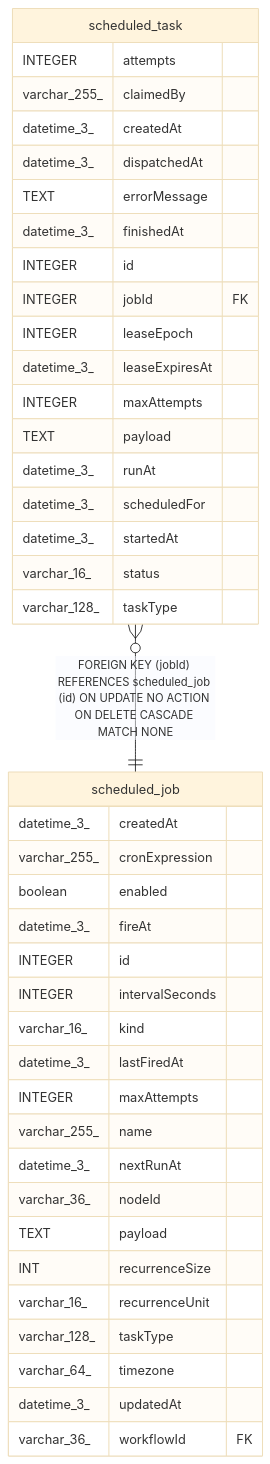
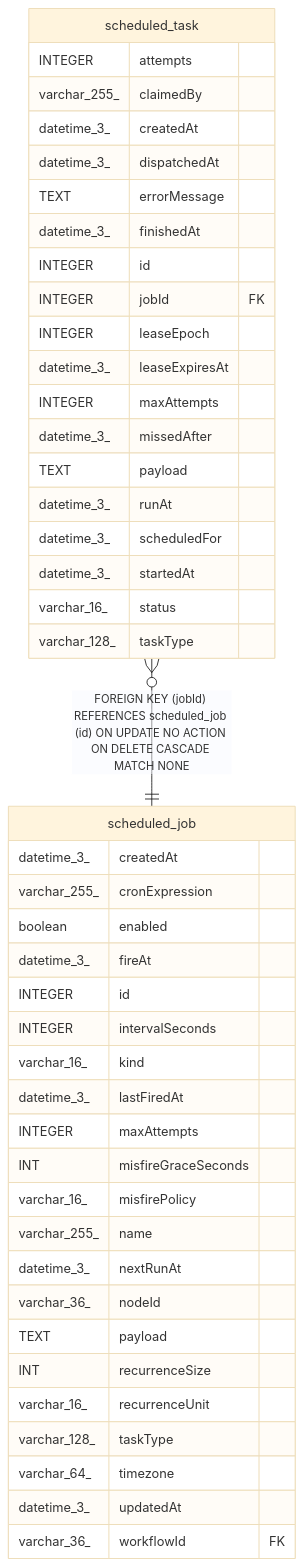
Before and after one commit to mayankjain1815-commits/n8n: the diagram in docs/generated/sqlite-schema/scheduled_task.md, drawn with Mermaid (base theme). The commit also changed other lines of this file and 62 other files, not shown here.

Commit message:
feat(core): Add a misfire policy to the durable scheduler (#35075)

````diff
--- a/docs/generated/sqlite-schema/scheduled_task.md
+++ b/docs/generated/sqlite-schema/scheduled_task.md
@@ -56,46 +58,49 @@
 ```mermaid
 erDiagram
 
 "scheduled_task" }o--|| "scheduled_job" : "FOREIGN KEY (jobId) REFERENCES scheduled_job (id) ON UPDATE NO ACTION ON DELETE CASCADE MATCH NONE"
 
 "scheduled_task" {
   INTEGER attempts
   varchar_255_ claimedBy
   datetime_3_ createdAt
   datetime_3_ dispatchedAt
   TEXT errorMessage
   datetime_3_ finishedAt
   INTEGER id
   INTEGER jobId FK
   INTEGER leaseEpoch
   datetime_3_ leaseExpiresAt
   INTEGER maxAttempts
+  datetime_3_ missedAfter
   TEXT payload
   datetime_3_ runAt
   datetime_3_ scheduledFor
   datetime_3_ startedAt
   varchar_16_ status
   varchar_128_ taskType
 }
 "scheduled_job" {
   datetime_3_ createdAt
   varchar_255_ cronExpression
   boolean enabled
   datetime_3_ fireAt
   INTEGER id
   INTEGER intervalSeconds
   varchar_16_ kind
   datetime_3_ lastFiredAt
   INTEGER maxAttempts
+  INT misfireGraceSeconds
+  varchar_16_ misfirePolicy
   varchar_255_ name
   datetime_3_ nextRunAt
   varchar_36_ nodeId
   TEXT payload
   INT recurrenceSize
   varchar_16_ recurrenceUnit
   varchar_128_ taskType
   varchar_64_ timezone
   datetime_3_ updatedAt
   varchar_36_ workflowId FK
 }
 ```
````
